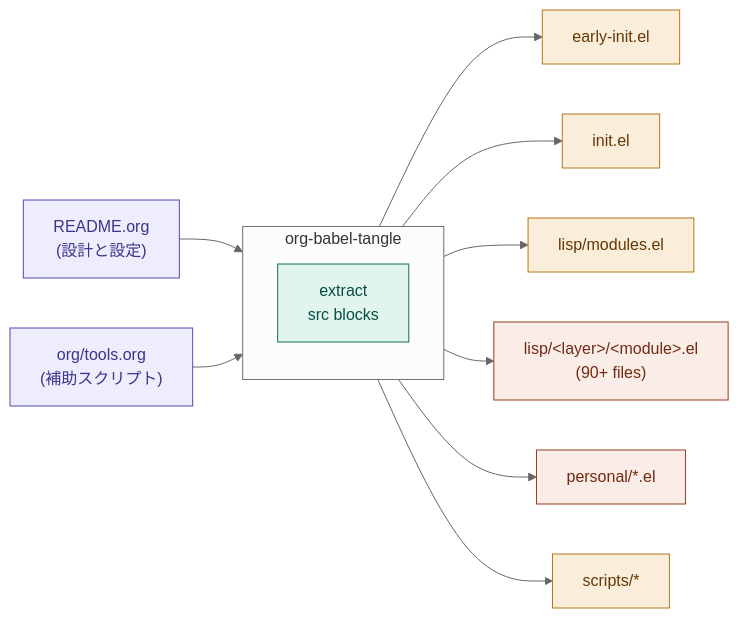
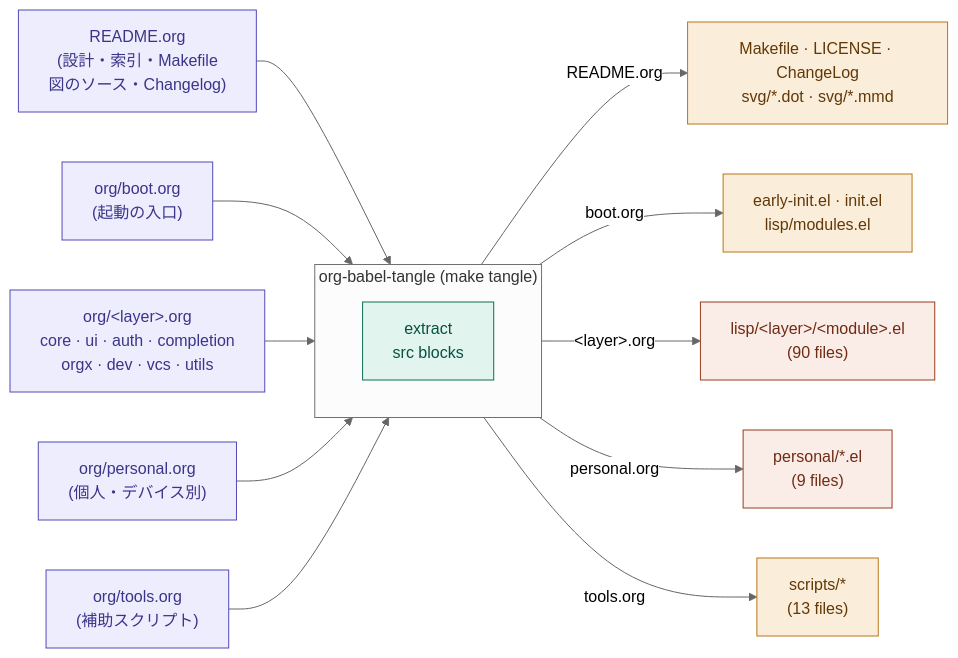
Before and after one commit to ac1965/.emacs.d: the first of 15 diagrams in README.org, drawn with Mermaid (neutral theme). The commit also changed other lines of this file and 3 other files, not shown here.

Commit message:
fix(cheatsheet): 実在するキーが一覧から消える問題を修正し、tangle フロー図を現行構成に更新

```diff
--- a/README.org
+++ b/README.org
@@ -1602,36 +1602,40 @@
 #+begin_src mermaid
   flowchart LR
-      src["README.org<br/>(設計と設定)"]
+      readme["README.org<br/>(設計・索引・Makefile<br/>図のソース・Changelog)"]
+      boot["org/boot.org<br/>(起動の入口)"]
+      layers["org/&lt;layer&gt;.org<br/>core · ui · auth · completion<br/>orgx · dev · vcs · utils"]
+      pers["org/personal.org<br/>(個人・デバイス別)"]
       tools["org/tools.org<br/>(補助スクリプト)"]
 
-      subgraph tangle["org-babel-tangle"]
+      subgraph tangle["org-babel-tangle  (make tangle)"]
           extract["extract<br/>src blocks"]
       end
 
-      ei["early-init.el"]
-      ii["init.el"]
-      mo["lisp/modules.el"]
-      mods["lisp/&lt;layer&gt;/&lt;module&gt;.el<br/>(90+ files)"]
-      pers["personal/*.el"]
-      scr["scripts/*"]
+      o1["Makefile · LICENSE · ChangeLog<br/>svg/*.dot · svg/*.mmd"]
+      o2["early-init.el · init.el<br/>lisp/modules.el"]
+      o3["lisp/&lt;layer&gt;/&lt;module&gt;.el<br/>(90 files)"]
+      o4["personal/*.el<br/>(9 files)"]
+      o5["scripts/*<br/>(13 files)"]
 
-      src --> tangle
+      readme --> tangle
+      boot --> tangle
+      layers --> tangle
+      pers --> tangle
       tools --> tangle
-      tangle --> ei
-      tangle --> ii
-      tangle --> mo
-      tangle --> mods
-      tangle --> pers
-      tangle --> scr
+
+      tangle -->|README.org| o1
+      tangle -->|boot.org| o2
+      tangle -->|"&lt;layer&gt;.org"| o3
+      tangle -->|personal.org| o4
+      tangle -->|tools.org| o5
 
       classDef src fill:#EEEDFE,stroke:#534AB7,color:#3C3489
       classDef tangle fill:#E1F5EE,stroke:#0F6E56,color:#085041
       classDef config fill:#FAEEDA,stroke:#BA7517,color:#633806
       classDef modules fill:#FAECE7,stroke:#993C1D,color:#712B13
 
-      class src,tools src
+      class readme,boot,layers,pers,tools src
       class extract tangle
-      class ei,ii,mo config
-      class mods,pers modules
-      class scr config
+      class o1,o2,o5 config
+      class o3,o4 modules
 #+end_src
```
